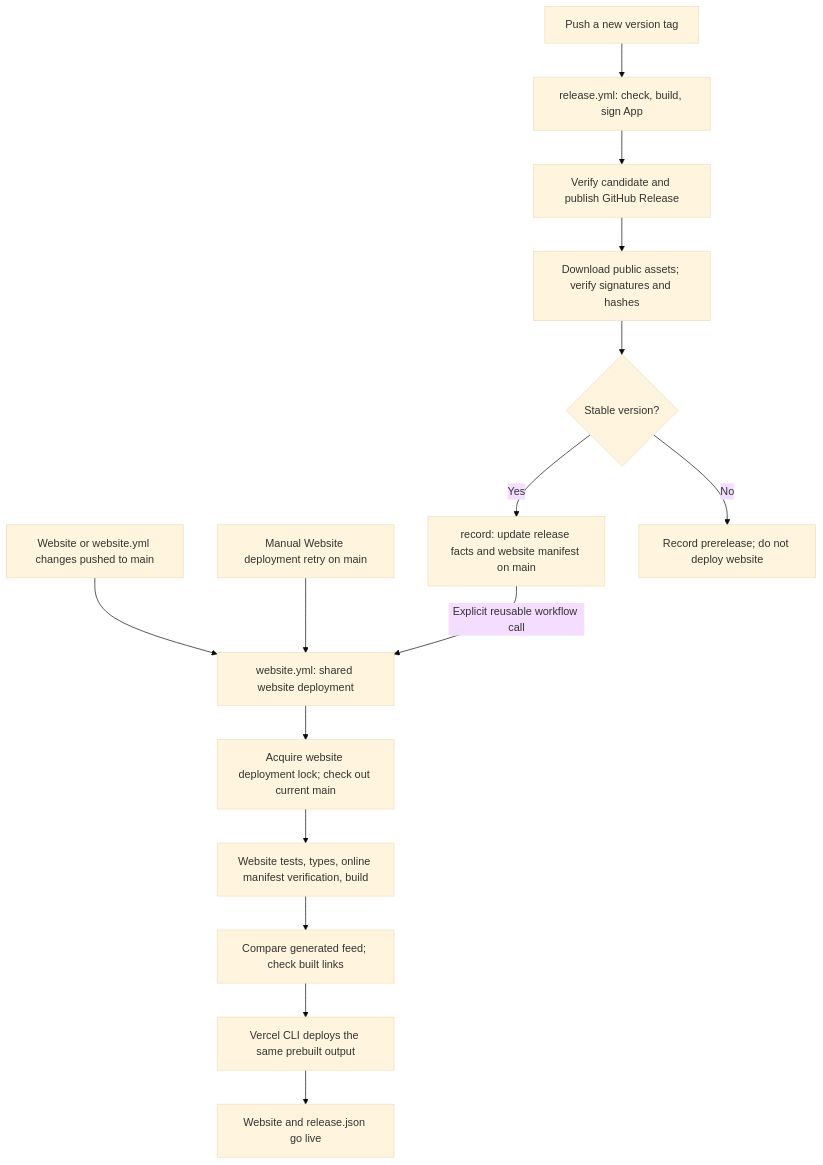
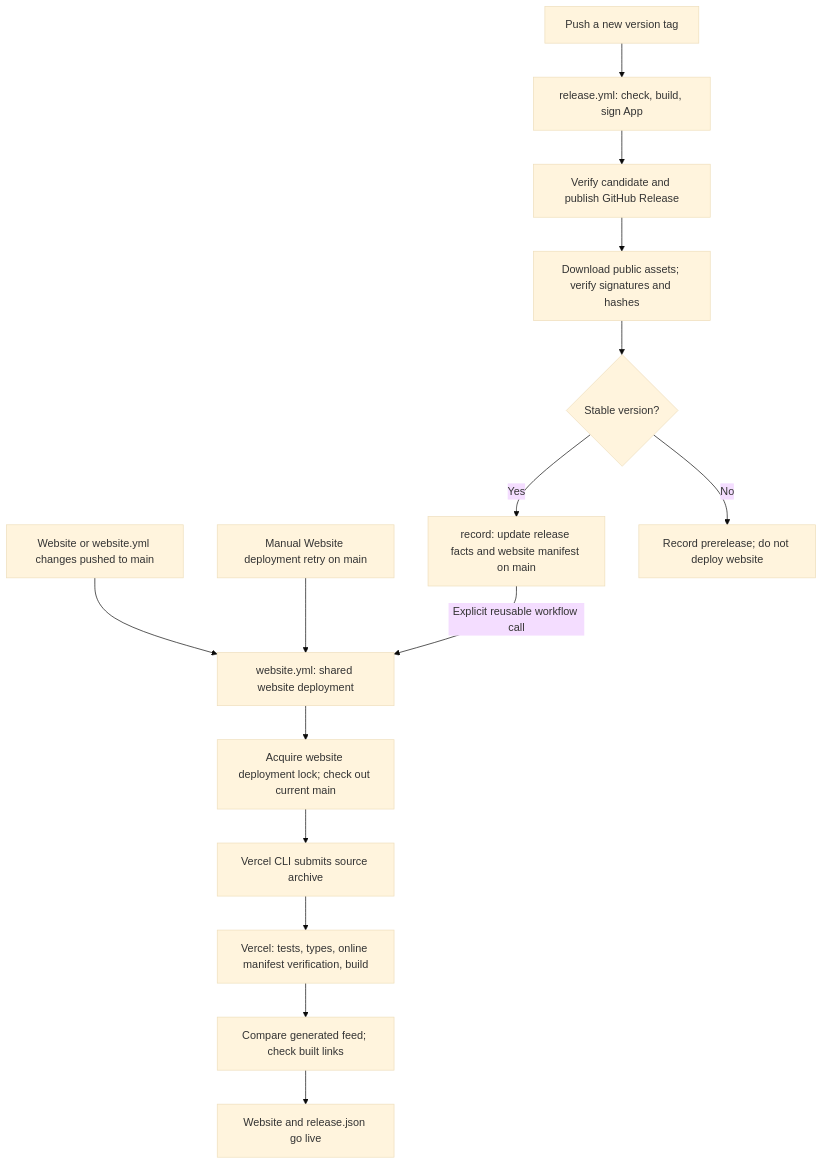
One commit to EricTsai83/recordstuff changed the first of 3 diagrams in docs/system-design/delivery.md. Above: the diagram before and after it, drawn with Mermaid (base theme). The commit also changed other lines of this file and 9 other files, not shown here.

First line of the commit message:
ci(website): submit source for Vercel remote builds

````diff
--- a/docs/system-design/delivery.md
+++ b/docs/system-design/delivery.md
@@ -11,17 +11,17 @@
 ```mermaid
 flowchart TD
     W["Website or website.yml changes pushed to main"] --> D["website.yml: shared website deployment"]
     M["Manual Website deployment retry on main"] --> D
     T["Push a new version tag"] --> A["release.yml: check, build, sign App"]
     A --> P["Verify candidate and publish GitHub Release"]
     P --> V["Download public assets; verify signatures and hashes"]
     V --> S{"Stable version?"}
     S -->|Yes| R["record: update release facts and website manifest on main"]
     R -->|Explicit reusable workflow call| D
     S -->|No| Q["Record prerelease; do not deploy website"]
     D --> L["Acquire website deployment lock; check out current main"]
-    L --> C["Website tests, types, online manifest verification, build"]
+    L --> H["Vercel CLI submits source archive"]
+    H --> C["Vercel: tests, types, online manifest verification, build"]
     C --> F["Compare generated feed; check built links"]
-    F --> H["Vercel CLI deploys the same prebuilt output"]
-    H --> O["Website and release.json go live"]
+    F --> O["Website and release.json go live"]
 ```
````
